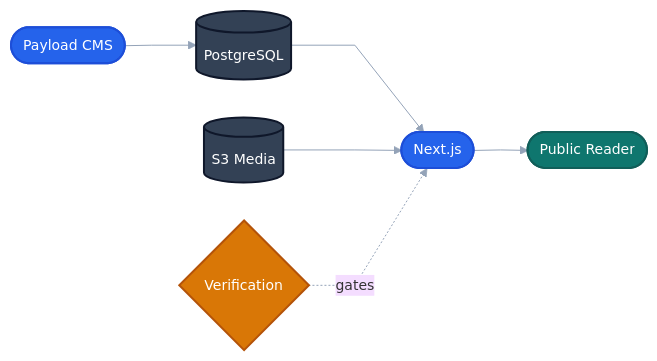
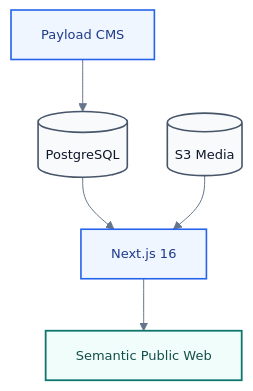
Before and after one commit to drferdi/Kediri-Kings-Century: the second of 4 diagrams in README.md, drawn with Mermaid. The commit also changed other lines of this file, not shown here.

Commit message:
docs(readme): fix table overlap and rebalance visual system

```diff
--- a/README.md
+++ b/README.md
@@ -358,24 +353,20 @@
 ~~~mermaid
-%%{init: {'theme':'base','flowchart':{'curve':'linear','nodeSpacing':38,'rankSpacing':54},'themeVariables':{'fontFamily':'Inter, ui-sans-serif, system-ui','fontSize':'14px','lineColor':'#94A3B8'}}}%%
-flowchart LR
-  A(["Payload CMS"])
-  B[("PostgreSQL")]
-  C(["Next.js"])
-  D(["Public Reader"])
-  E[("S3 Media")]
-  F{"Verification"}
+%%{init: {'theme':'base','flowchart':{'curve':'basis','nodeSpacing':40,'rankSpacing':52},'themeVariables':{'fontFamily':'Inter, ui-sans-serif, system-ui','fontSize':'13px','lineColor':'#64748B'}}}%%
+flowchart TB
+  CMS["Payload CMS"]
+  DB[("PostgreSQL")]
+  NEXT["Next.js 16"]
+  WEB["Semantic Public Web"]
+  MEDIA[("S3 Media")]
 
-  A --> B --> C --> D
-  E --> C
-  F -. gates .-> C
+  CMS --> DB --> NEXT --> WEB
+  MEDIA --> NEXT
 
-  classDef system fill:#2563EB,stroke:#1D4ED8,stroke-width:2px,color:#FFFFFF;
-  classDef data fill:#334155,stroke:#0F172A,stroke-width:2px,color:#FFFFFF;
-  classDef verify fill:#D97706,stroke:#B45309,stroke-width:2px,color:#FFFFFF;
-  classDef output fill:#0F766E,stroke:#115E59,stroke-width:2px,color:#FFFFFF;
+  classDef core fill:#EFF6FF,stroke:#2563EB,stroke-width:1.6px,color:#1E3A8A;
+  classDef data fill:#F8FAFC,stroke:#475569,stroke-width:1.6px,color:#0F172A;
+  classDef public fill:#F0FDFA,stroke:#0F766E,stroke-width:1.8px,color:#134E4A;
 
-  class A,C system;
-  class B,E data;
-  class F verify;
-  class D output;
+  class CMS,NEXT core;
+  class DB,MEDIA data;
+  class WEB public;
 ~~~
```
